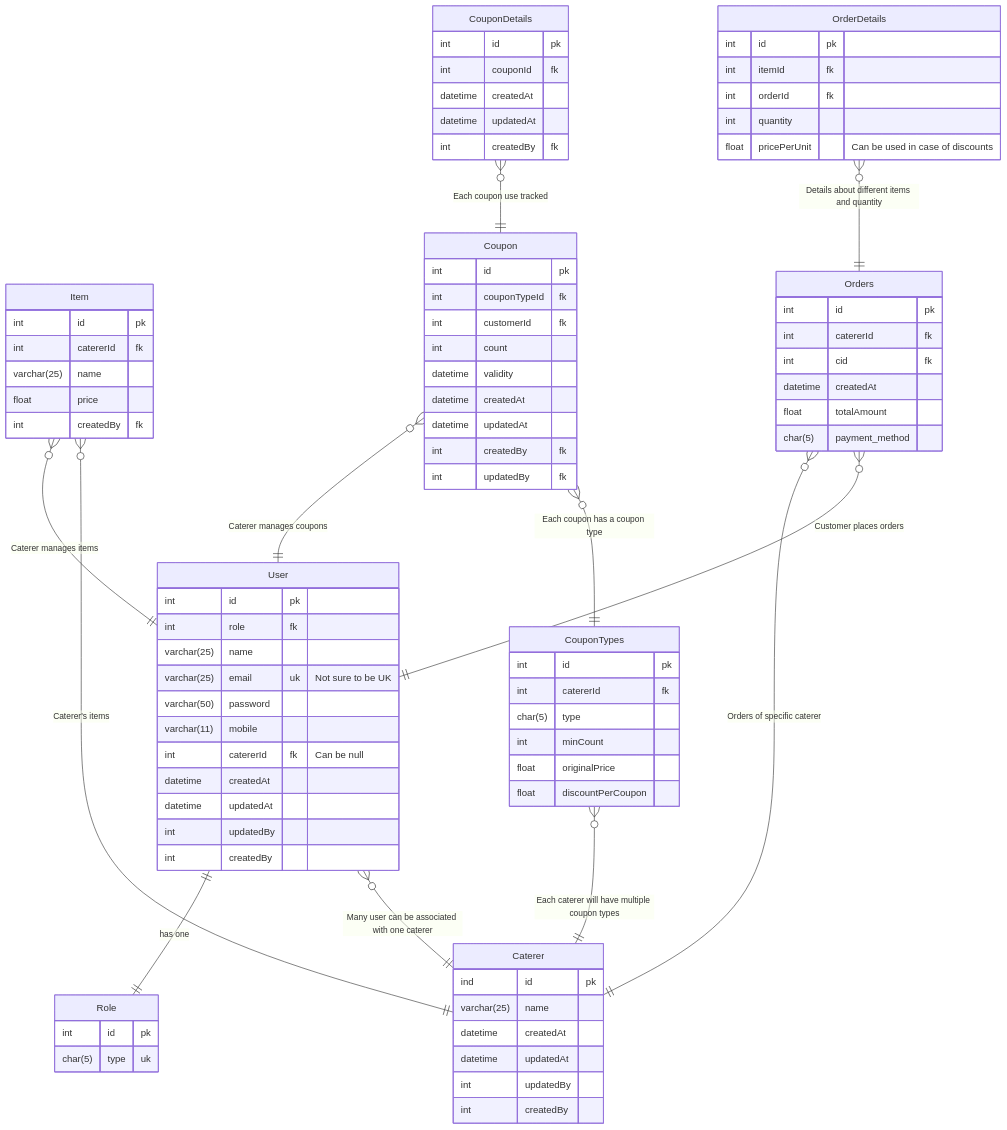
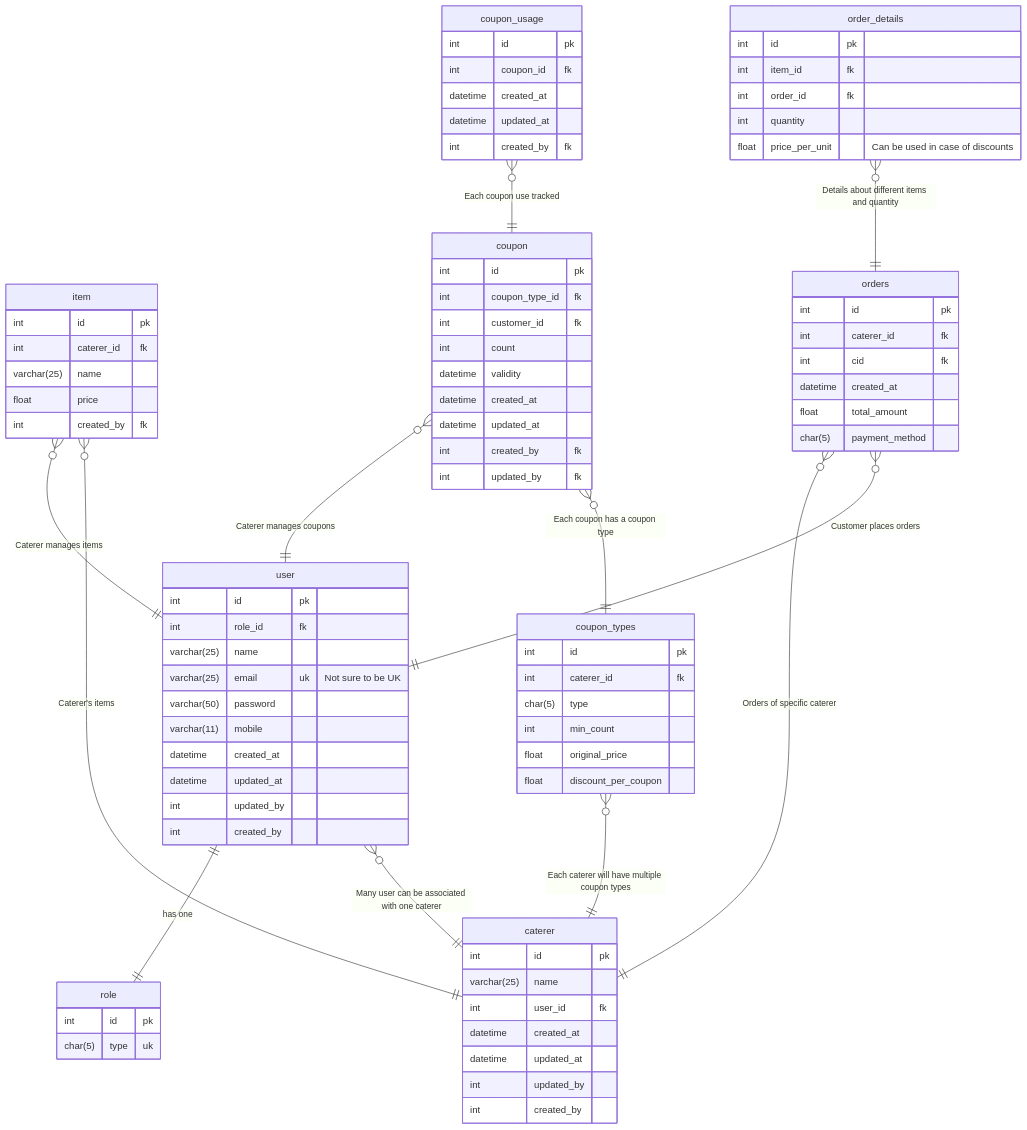
Before and after one commit to devnev39/cms-all: the diagram in meta/er/er.md, drawn with Mermaid.

Commit message:
Updated er.md file
Updated User table by deleting caterer_id from there and adding user_id inside caterer table

````diff
--- a/meta/er/er.md
+++ b/meta/er/er.md
@@ -1,97 +1,97 @@
 ```mermaid
 erDiagram
-    User {
+    user {
         int id pk
-        int role fk
+        int role_id fk
         varchar(25) name
         varchar(25) email uk "Not sure to be UK"
         varchar(50) password
         varchar(11) mobile
-        int catererId fk "Can be null"
-        datetime createdAt
-        datetime updatedAt
-        int updatedBy
-        int createdBy
+        datetime created_at
+        datetime updated_at
+        int updated_by
+        int created_by
     }
 
-    Caterer {
-        ind id pk
+    caterer {
+        int id pk
         varchar(25) name
-        datetime createdAt
-        datetime updatedAt
-        int updatedBy
-        int createdBy
+        int user_id fk
+        datetime created_at
+        datetime updated_at
+        int updated_by
+        int created_by
     }
 
-    Role {
+    role {
         int id pk
         char(5) type uk
     }
 
-    Item {
+    item {
         int id pk
-        int catererId fk
+        int caterer_id fk
         varchar(25) name
         float price
-        int createdBy fk
+        int created_by fk
     }
 
-    CouponTypes {
+    coupon_types {
         int id pk
-        int catererId fk
+        int caterer_id fk
         char(5) type
-        int minCount
-        float originalPrice
-        float discountPerCoupon
+        int min_count
+        float original_price
+        float discount_per_coupon
     }
 
-    Coupon {
+    coupon {
         int id pk
-        int couponTypeId fk
-        int customerId fk
+        int coupon_type_id fk
+        int customer_id fk
         int count
         datetime validity
-        datetime createdAt
-        datetime updatedAt
-        int createdBy fk
-        int updatedBy fk
+        datetime created_at
+        datetime updated_at
+        int created_by fk
+        int updated_by fk
     }
 
-    Orders {
+    orders {
         int id pk
-        int catererId fk
+        int caterer_id fk
         int cid fk
-        %% int itemId fk
-        datetime createdAt
-        float totalAmount
+        %% int item_id fk
+        datetime created_at
+        float total_amount
         char(5) payment_method
     }
 
-    OrderDetails {
+    order_details {
         int id pk
-        int itemId fk
-        int orderId fk
+        int item_id fk
+        int order_id fk
         int quantity
-        float pricePerUnit "Can be used in case of discounts"
+        float price_per_unit "Can be used in case of discounts"
     }
 
-    CouponDetails {
+    coupon_usage {
         int id pk
-        int couponId fk
-        datetime createdAt
-        datetime updatedAt
-        int createdBy fk
+        int coupon_id fk
+        datetime created_at
+        datetime updated_at
+        int created_by fk
     }
 
-    User ||--|| Role: "has one"
-    User }o--|| Caterer: "Many user can be associated with one caterer"
-    Item }o--|| User : "Caterer manages items"
-    Item }o--|| Caterer: "Caterer's items"
-    Orders }o--|| Caterer: "Orders of specific caterer"
-    Coupon }o--|| User: "Caterer manages coupons"
-    Orders }o--|| User: "Customer places orders"
-    OrderDetails }o--|| Orders: "Details about different items and quantity"
-    Coupon }o--|| CouponTypes: "Each coupon has a coupon type"
-    CouponTypes }o--|| Caterer: "Each caterer will have multiple coupon types"
-    CouponDetails }o--|| Coupon: "Each coupon use tracked"
+    user ||--|| role: "has one"
+    user }o--|| caterer: "Many user can be associated with one caterer"
+    item }o--|| user : "Caterer manages items"
+    item }o--|| caterer: "Caterer's items"
+    orders }o--|| caterer: "Orders of specific caterer"
+    coupon }o--|| user: "Caterer manages coupons"
+    orders }o--|| user: "Customer places orders"
+    order_details }o--|| orders: "Details about different items and quantity"
+    coupon }o--|| coupon_types: "Each coupon has a coupon type"
+    coupon_types }o--|| caterer: "Each caterer will have multiple coupon types"
+    coupon_usage }o--|| coupon: "Each coupon use tracked"
 ```
````
